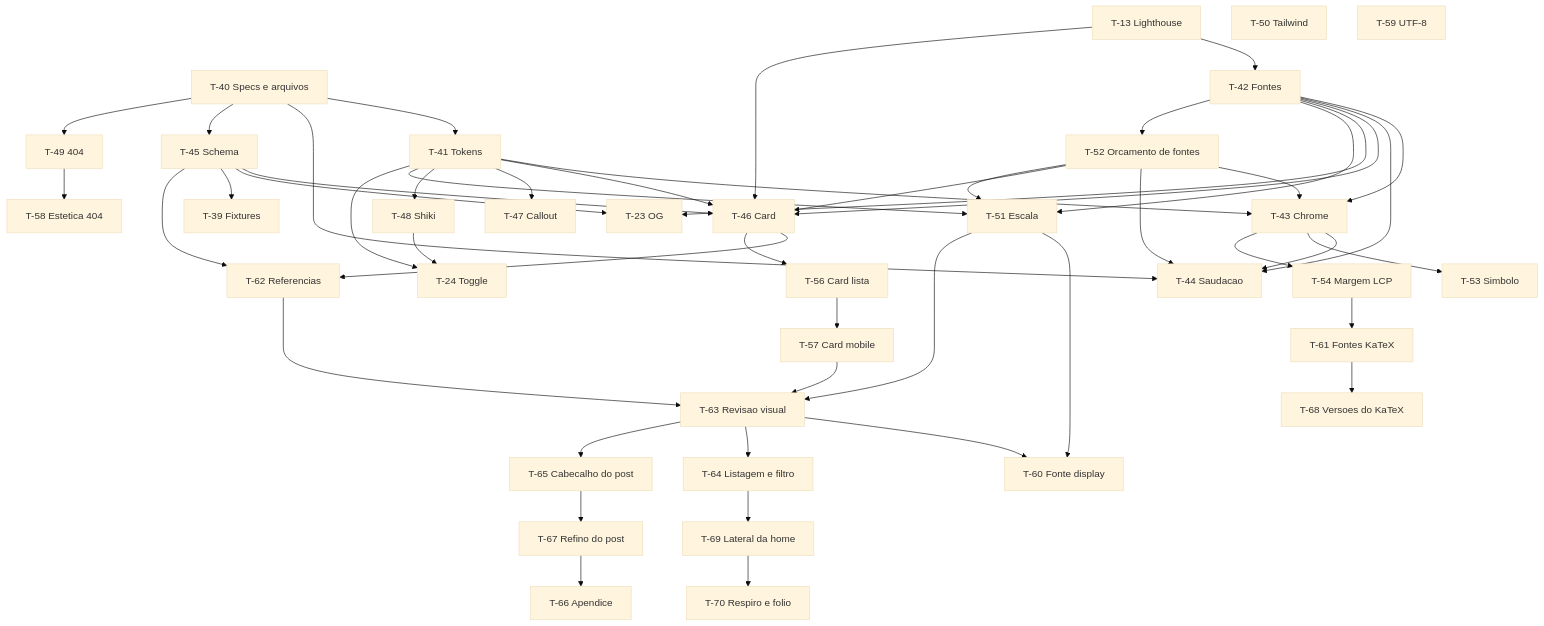
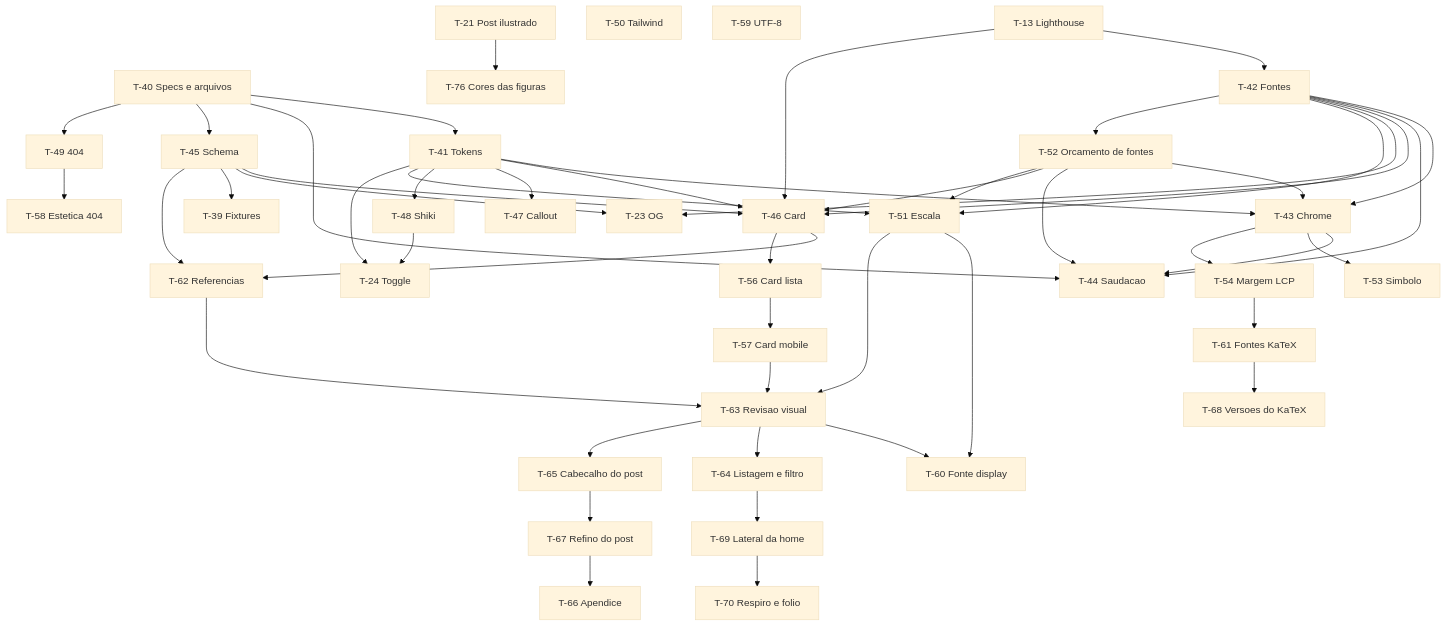
Before and after one commit to Pedroknoll/blog_pedro-knoll: the second of 2 diagrams in specs/ROADMAP.md, drawn with Mermaid (base theme). The commit also changed other lines of this file and 17 other files, not shown here.

````diff
--- a/specs/ROADMAP.md
+++ b/specs/ROADMAP.md
@@ -120,6 +120,8 @@
   T68[T-68 Versoes do KaTeX]
   T69[T-69 Lateral da home]
   T70[T-70 Respiro e folio]
+  T21[T-21 Post ilustrado]
+  T76[T-76 Cores das figuras]
   T40 --> T41
   T40 --> T44
   T40 --> T45
@@ -167,4 +169,5 @@
   T61 --> T68
   T64 --> T69
   T69 --> T70
+  T21 --> T76
 ```
````
